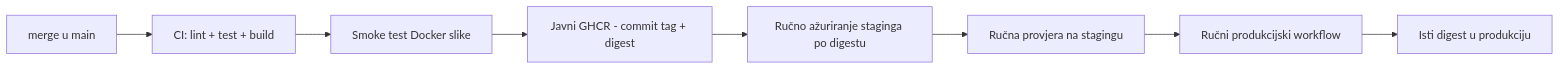
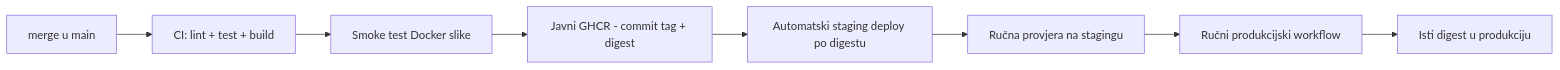
The diagram in docs/07-operacije/ci-cd.md (josipmestrovic/kaladont), drawn with Mermaid before and after one commit. The commit also changed other lines of this file and 3 other files, not shown here.

````diff
--- a/docs/07-operacije/ci-cd.md
+++ b/docs/07-operacije/ci-cd.md
@@ -7,10 +7,10 @@
 ```mermaid
 flowchart LR
     A[merge u main] --> B[CI: lint + test + build]
     B --> C[Smoke test Docker slike]
     C --> D[Javni GHCR - commit tag + digest]
-    D --> E[Ručno ažuriranje staginga po digestu]
+    D --> E[Automatski staging deploy po digestu]
     E --> F[Ručna provjera na stagingu]
     F --> G[Ručni produkcijski workflow]
     G --> H[Isti digest u produkciju]
 ```
````
